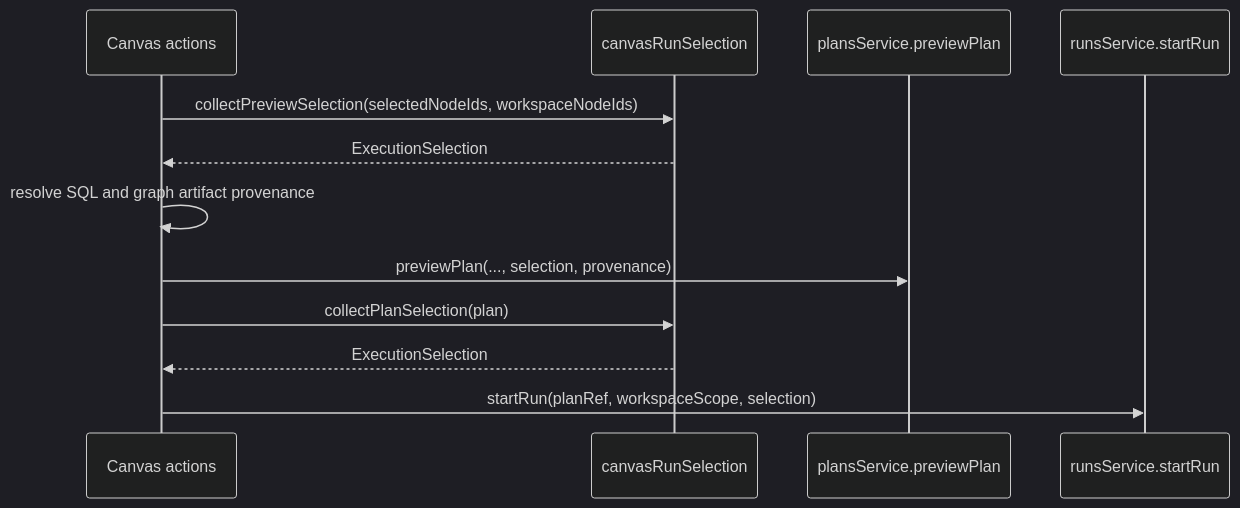
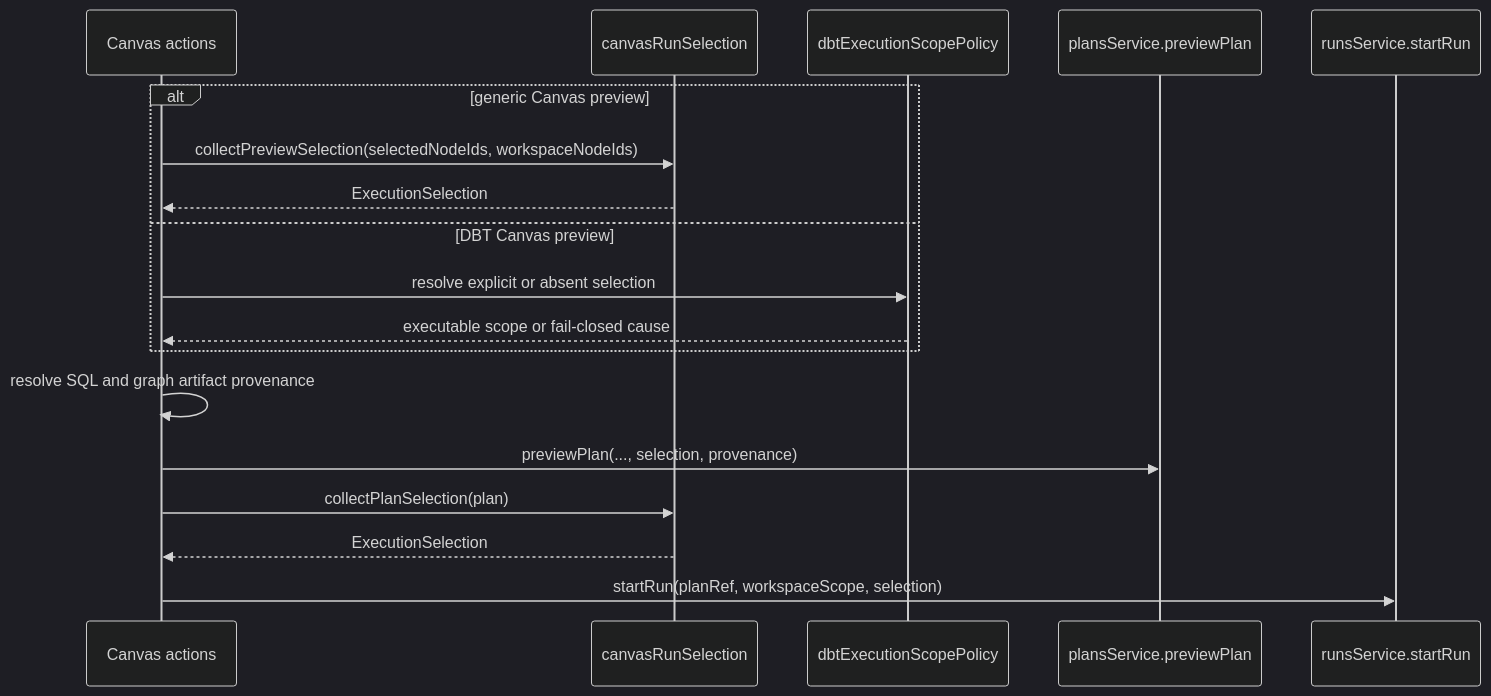
The second of 5 diagrams in docs/architecture/components/web/graph/canvas-execution-selection-component.md (dunay2/dvt), drawn with Mermaid (dark theme) before and after one commit. The commit also changed other lines of this file and 23 other files, not shown here.

Commit message:
fix(web): Prevent DBT Preview scope widening

````diff
--- a/docs/architecture/components/web/graph/canvas-execution-selection-component.md
+++ b/docs/architecture/components/web/graph/canvas-execution-selection-component.md
@@ -94,16 +108,22 @@
 ```mermaid
 sequenceDiagram
   participant Canvas as Canvas actions
   participant Selection as canvasRunSelection
+  participant DbtScope as dbtExecutionScopePolicy
   participant Plans as plansService.previewPlan
   participant Runs as runsService.startRun
 
-  Canvas->>Selection: collectPreviewSelection(selectedNodeIds, workspaceNodeIds)
-  Selection-->>Canvas: ExecutionSelection
+  alt generic Canvas preview
+    Canvas->>Selection: collectPreviewSelection(selectedNodeIds, workspaceNodeIds)
+    Selection-->>Canvas: ExecutionSelection
+  else DBT Canvas preview
+    Canvas->>DbtScope: resolve explicit or absent selection
+    DbtScope-->>Canvas: executable scope or fail-closed cause
+  end
   Canvas->>Canvas: resolve SQL and graph artifact provenance
   Canvas->>Plans: previewPlan(..., selection, provenance)
 
   Canvas->>Selection: collectPlanSelection(plan)
   Selection-->>Canvas: ExecutionSelection
   Canvas->>Runs: startRun(planRef, workspaceScope, selection)
 ```
````
